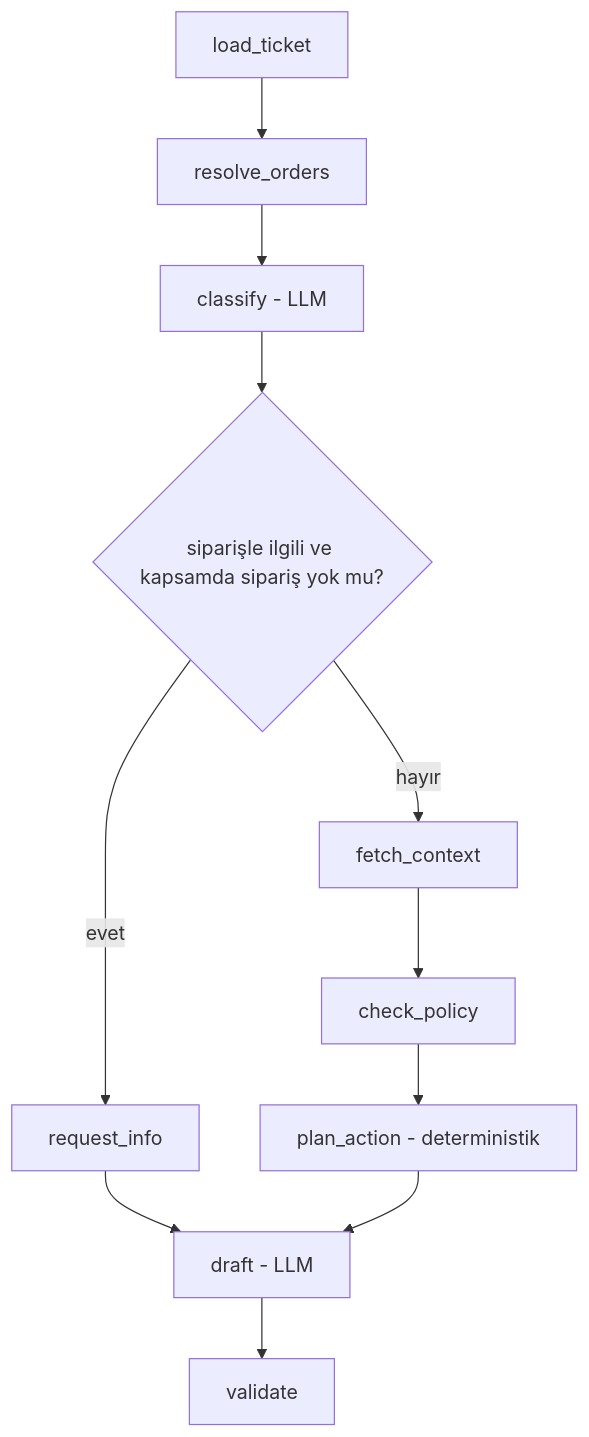
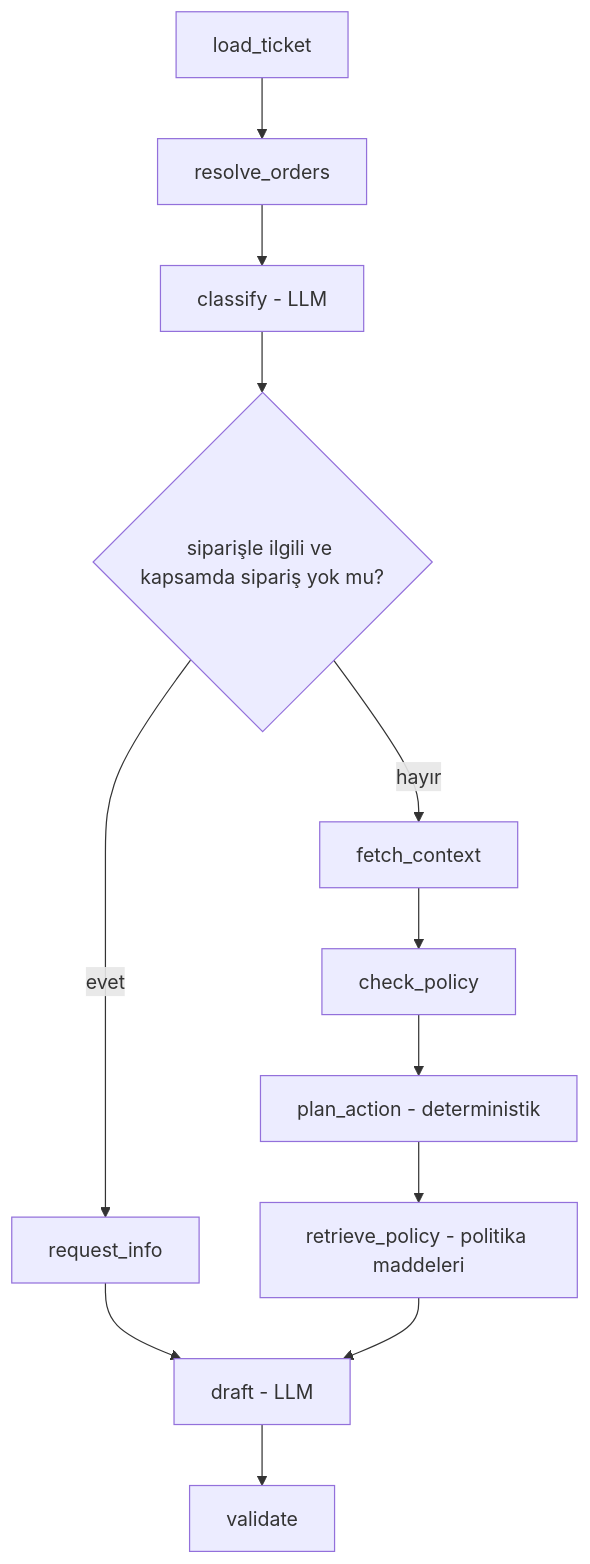
One commit to UygarYildiz/SupportFlow changed the third of 5 diagrams in docs/ARCHITECTURE.md. Above: the diagram before and after it, drawn with Mermaid. The commit also changed other lines of this file and 25 other files, not shown here.

````diff
--- a/docs/ARCHITECTURE.md
+++ b/docs/ARCHITECTURE.md
@@ -72,13 +72,14 @@
 ```mermaid
 flowchart TD
     A[load_ticket] --> B[resolve_orders]
     B --> C[classify - LLM]
     C --> D{siparişle ilgili ve kapsamda sipariş yok mu?}
     D -->|evet| E[request_info]
     D -->|hayır| F[fetch_context]
     F --> G[check_policy]
     G --> H[plan_action - deterministik]
+    H --> R[retrieve_policy - politika maddeleri]
     E --> I[draft - LLM]
-    H --> I
+    R --> I
     I --> J[validate]
 ```
````
